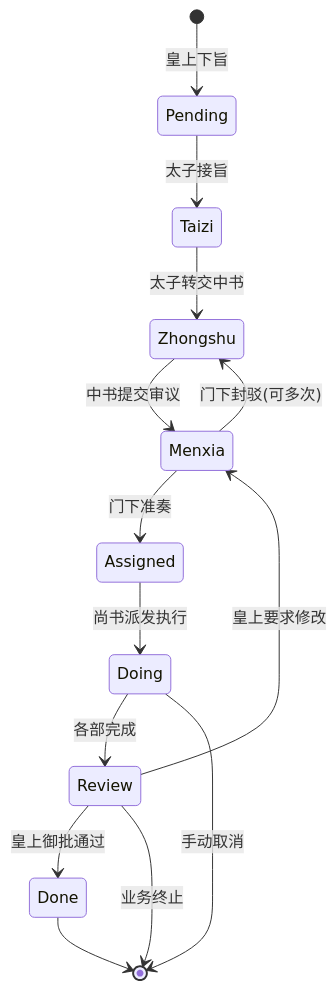
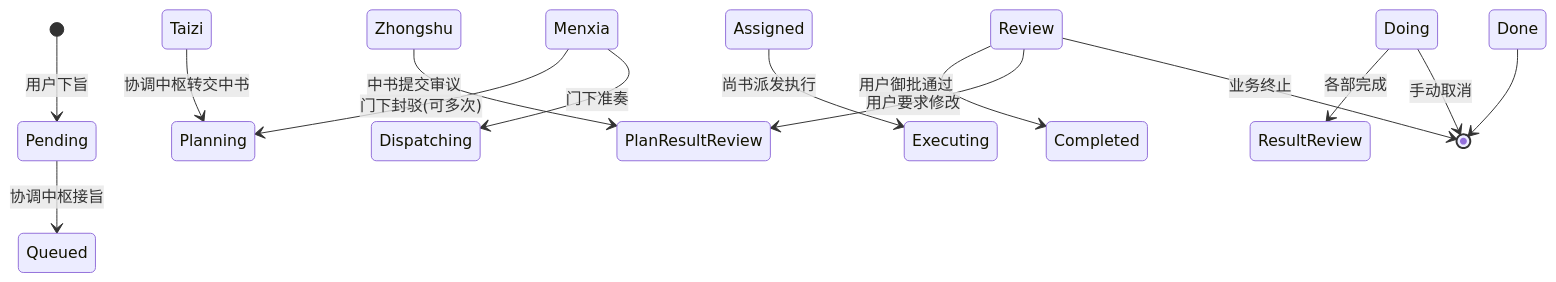
Before and after one commit to sjoll2116/MutiAgent-with-openclaw: the diagram in docs/task-dispatch-architecture.md, drawn with Mermaid. The commit also changed other lines of this file and 85 other files, not shown here.

````diff
--- a/docs/task-dispatch-architecture.md
+++ b/docs/task-dispatch-architecture.md
@@ -117,16 +117,16 @@
 ```mermaid
 stateDiagram-v2
-[*] --> Pending: 皇上下旨
-Pending --> Taizi: 太子接旨
-Taizi --> Zhongshu: 太子转交中书
-Zhongshu --> Menxia: 中书提交审议
-Menxia --> Zhongshu: 门下封驳(可多次)
-Menxia --> Assigned: 门下准奏
-Assigned --> Doing: 尚书派发执行
-Doing --> Review: 各部完成
-Review --> Done: 皇上御批通过
-Review --> Menxia: 皇上要求修改
+[*] --> Pending: 用户下旨
+Pending --> Queued: 协调中枢接旨
+Taizi --> Planning: 协调中枢转交中书
+Zhongshu --> PlanResultReview: 中书提交审议
+Menxia --> Planning: 门下封驳(可多次)
+Menxia --> Dispatching: 门下准奏
+Assigned --> Executing: 尚书派发执行
+Doing --> ResultReview: 各部完成
+Review --> Completed: 用户御批通过
+Review --> PlanResultReview: 用户要求修改
 Done --> [*]
 Doing --> [*]: 手动取消
 Review --> [*]: 业务终止
 ```
````
